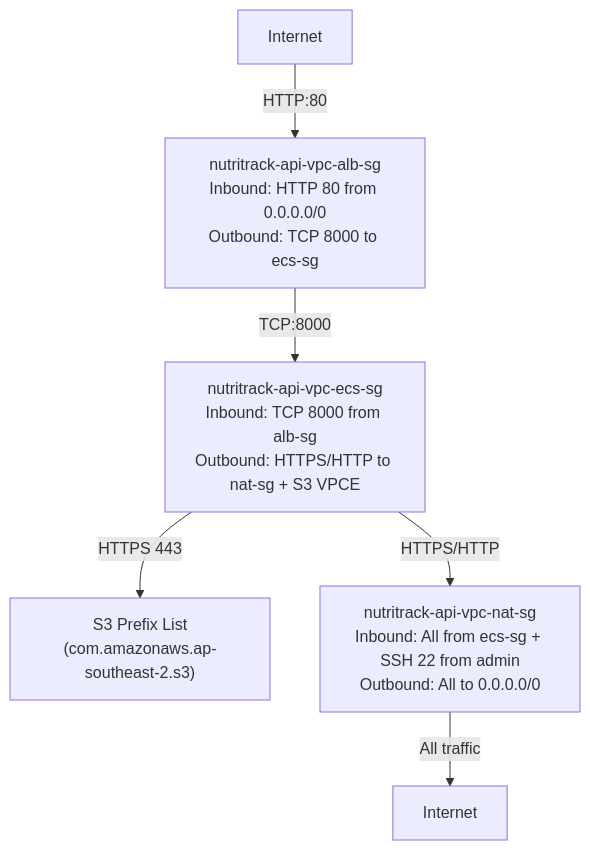
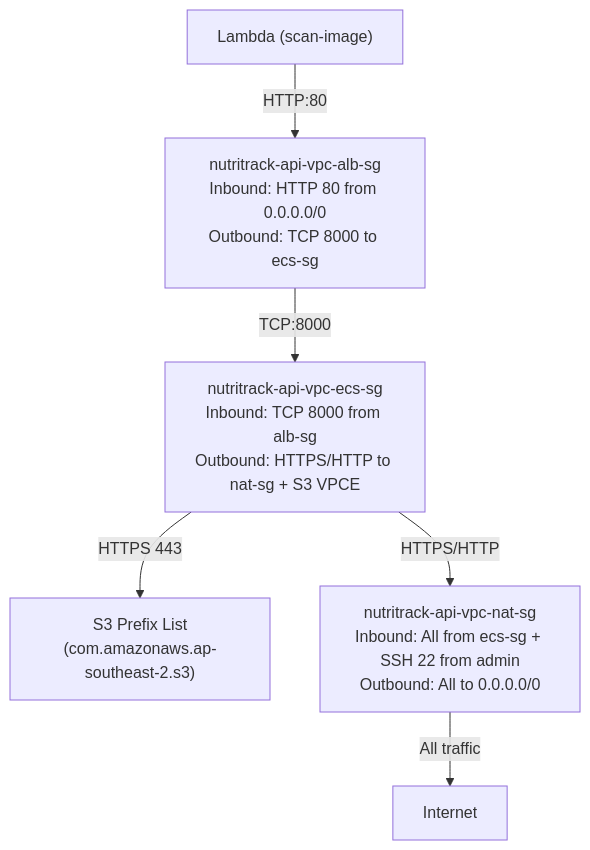
The diagram in content/workshop/4.8-Verify-Setup/4.8.1-VPC-ECR/index.en.md (KhaiND1221/FCAJ-intership-report), drawn with Mermaid before and after one commit. The commit also changed other lines of this file and 55 other files, not shown here.

````diff
--- a/content/workshop/4.8-Verify-Setup/4.8.1-VPC-ECR/index.en.md
+++ b/content/workshop/4.8-Verify-Setup/4.8.1-VPC-ECR/index.en.md
@@ -233,15 +236,15 @@
 ```mermaid
 flowchart TB
-    internet_in[Internet]
+    lambda["Lambda (scan-image)"]
     alb["nutritrack-api-vpc-alb-sg\nInbound: HTTP 80 from 0.0.0.0/0\nOutbound: TCP 8000 to ecs-sg"]
     ecs["nutritrack-api-vpc-ecs-sg\nInbound: TCP 8000 from alb-sg\nOutbound: HTTPS/HTTP to nat-sg + S3 VPCE"]
     s3_prefix["S3 Prefix List\n(com.amazonaws.ap-southeast-2.s3)"]
     nat["nutritrack-api-vpc-nat-sg\nInbound: All from ecs-sg + SSH 22 from admin\nOutbound: All to 0.0.0.0/0"]
     internet_out[Internet]
 
-    internet_in -->|HTTP:80| alb
+    lambda -->|HTTP:80| alb
     alb -->|TCP:8000| ecs
     ecs -->|HTTPS/HTTP| nat
     ecs -->|HTTPS 443| s3_prefix
     nat -->|All traffic| internet_out
 ```
````
